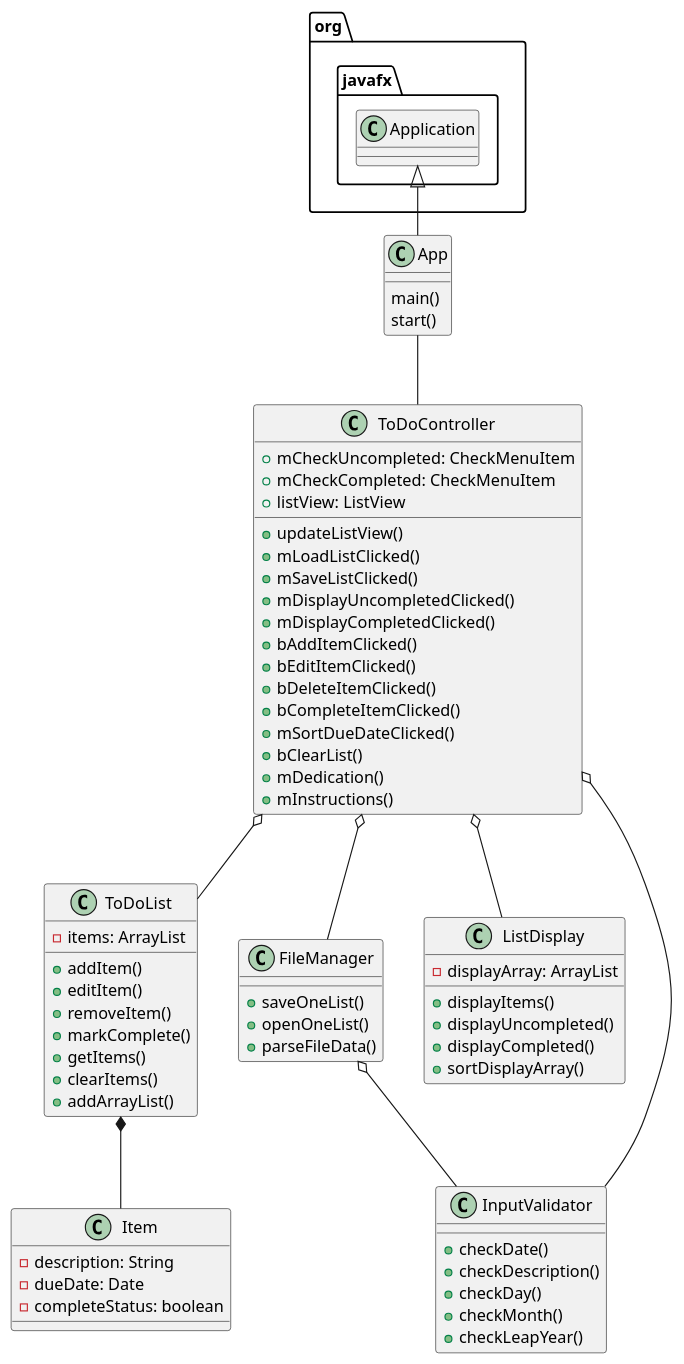
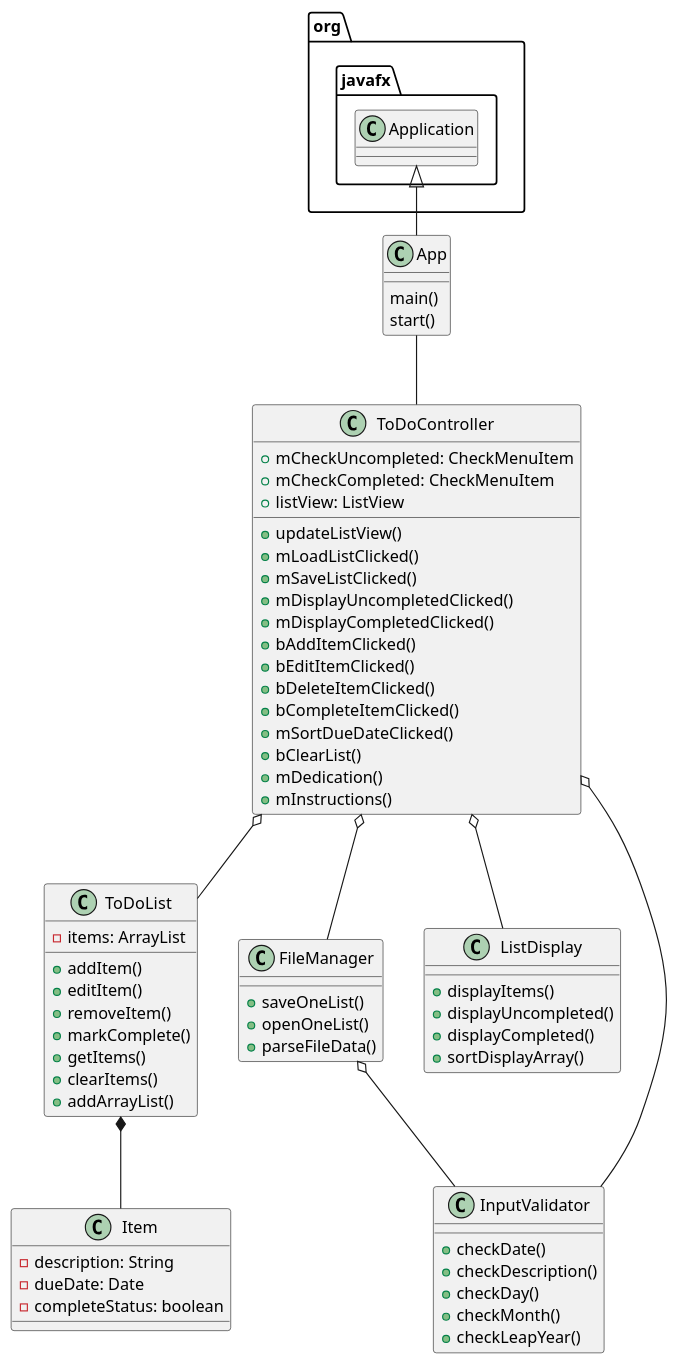
The diagram in uml/ToDoList.puml (kingraham228/Ingraham-cop3330-assignment4part2), drawn with PlantUML before and after one commit. The commit also changed 3 other files, not shown here.

```diff
--- a/uml/ToDoList.puml
+++ b/uml/ToDoList.puml
@@ -1,74 +1,73 @@
 @startuml
 class Item{
 -description: String
 -dueDate: Date
 -completeStatus: boolean
 }
 
 class ToDoList{
 -items: ArrayList
 +addItem()
 +editItem()
 +removeItem()
 +markComplete()
 +getItems()
 +clearItems()
 +addArrayList()
 }
 
 class FileManager{
 +saveOneList()
 +openOneList()
 +parseFileData()
 }
 
 class ListDisplay{
--displayArray: ArrayList
 +displayItems()
 +displayUncompleted()
 +displayCompleted()
 +sortDisplayArray()
 }
 
 class ToDoController{
 +mCheckUncompleted: CheckMenuItem
 +mCheckCompleted: CheckMenuItem
 +listView: ListView
 +updateListView()
 +mLoadListClicked()
 +mSaveListClicked()
 +mDisplayUncompletedClicked()
 +mDisplayCompletedClicked()
 +bAddItemClicked()
 +bEditItemClicked()
 +bDeleteItemClicked()
 +bCompleteItemClicked()
 +mSortDueDateClicked()
 +bClearList()
 +mDedication()
 +mInstructions()
 }
 
 class App{
 main()
 start()
 }
 
 class InputValidator{
 +checkDate()
 +checkDescription()
 +checkDay()
 +checkMonth()
 +checkLeapYear()
 }
 
 
 org.javafx.Application <|-- App
 App -- ToDoController
 ToDoController o-- ToDoList
 ToDoController o-- ListDisplay
 ToDoController o-- FileManager
 ToDoController o-- InputValidator
 FileManager o-- InputValidator
 ToDoList *-- Item
 @enduml
```
